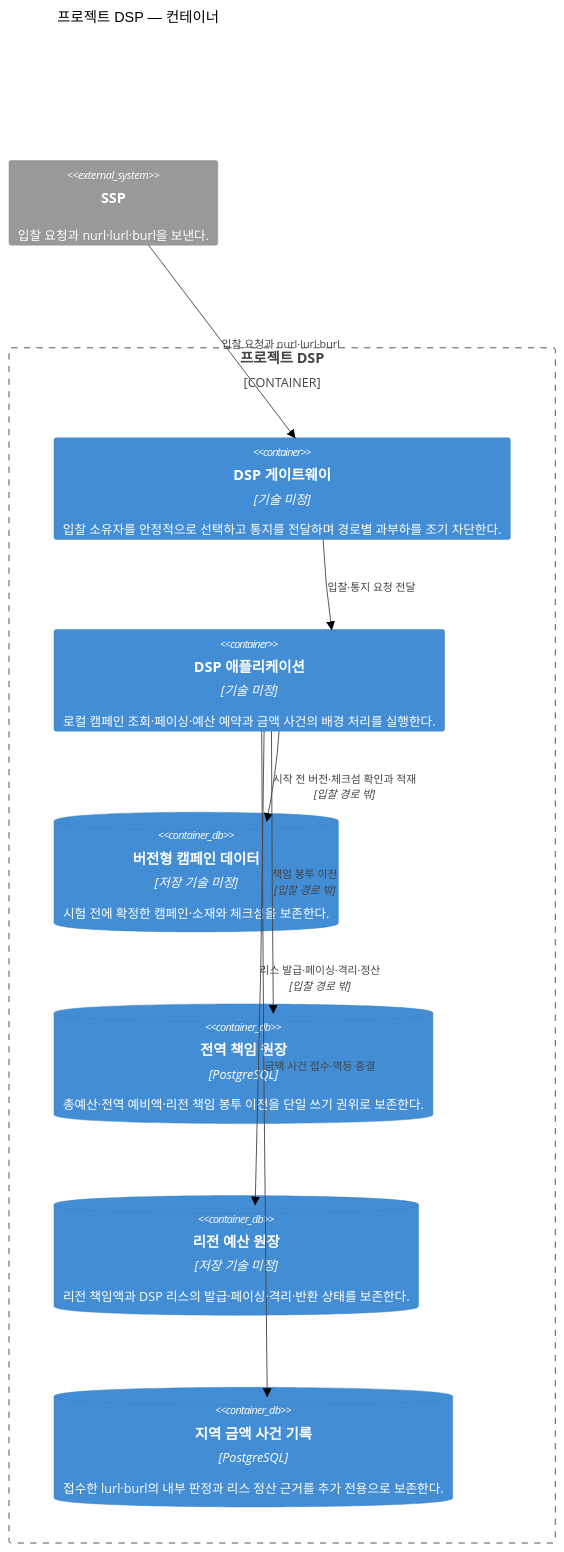
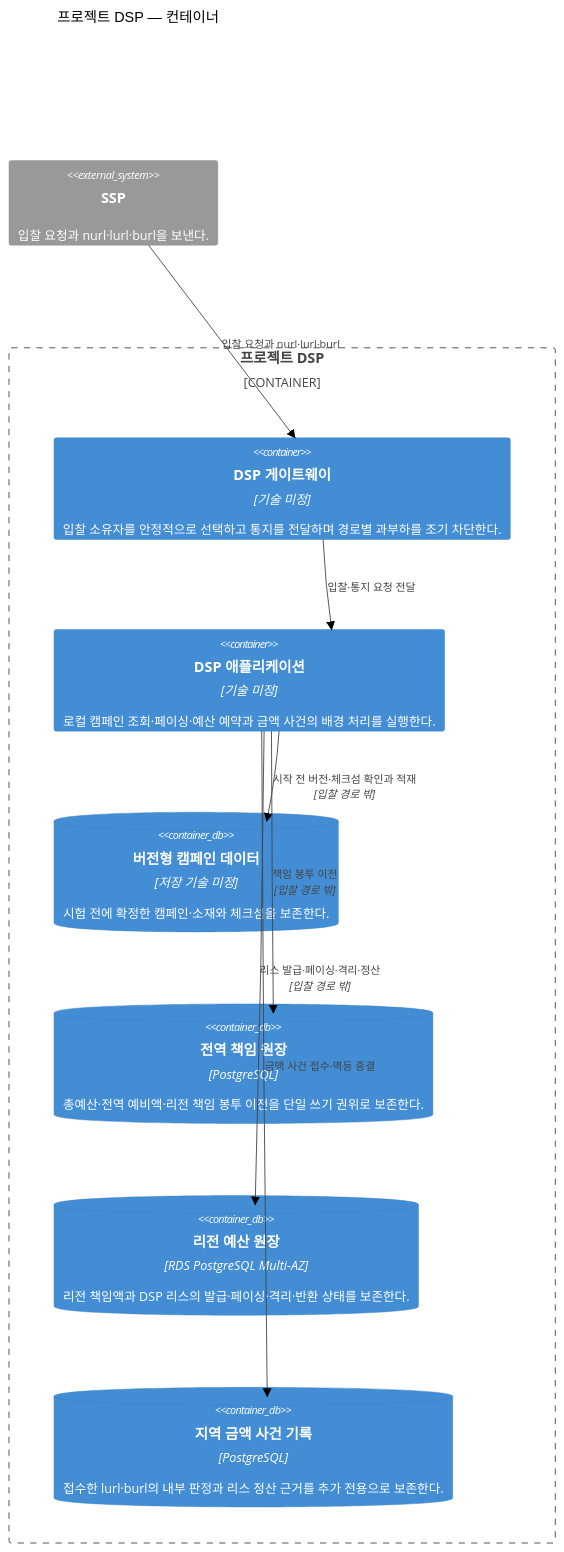
The diagram in docs/architecture/views/dsp-containers.md (bbororo5/OpenRTB-Ads-auction), drawn with Mermaid (forest theme) before and after one commit. The commit also changed 7 other files, not shown here.

Commit message:
docs: select PostgreSQL regional budget ledger

````diff
--- a/docs/architecture/views/dsp-containers.md
+++ b/docs/architecture/views/dsp-containers.md
@@ -9,24 +9,24 @@
 ```mermaid
 C4Container
     title 프로젝트 DSP — 컨테이너
 
     System_Ext(ssp, "SSP", "입찰 요청과 nurl·lurl·burl을 보낸다.")
 
     Container_Boundary(project_dsp, "프로젝트 DSP") {
         Container(gateway, "DSP 게이트웨이", "기술 미정", "입찰 소유자를 안정적으로 선택하고 통지를 전달하며 경로별 과부하를 조기 차단한다.")
         Container(dsp_application, "DSP 애플리케이션", "기술 미정", "로컬 캠페인 조회·페이싱·예산 예약과 금액 사건의 배경 처리를 실행한다.")
         ContainerDb(campaign_store, "버전형 캠페인 데이터", "저장 기술 미정", "시험 전에 확정한 캠페인·소재와 체크섬을 보존한다.")
         ContainerDb(global_ledger, "전역 책임 원장", "PostgreSQL", "총예산·전역 예비액·리전 책임 봉투 이전을 단일 쓰기 권위로 보존한다.")
-        ContainerDb(regional_ledger, "리전 예산 원장", "저장 기술 미정", "리전 책임액과 DSP 리스의 발급·페이싱·격리·반환 상태를 보존한다.")
+        ContainerDb(regional_ledger, "리전 예산 원장", "RDS PostgreSQL Multi-AZ", "리전 책임액과 DSP 리스의 발급·페이싱·격리·반환 상태를 보존한다.")
         ContainerDb(money_store, "지역 금액 사건 기록", "PostgreSQL", "접수한 lurl·burl의 내부 판정과 리스 정산 근거를 추가 전용으로 보존한다.")
     }
 
     Rel(ssp, gateway, "입찰 요청과 nurl·lurl·burl")
     Rel(gateway, dsp_application, "입찰·통지 요청 전달")
     Rel(dsp_application, campaign_store, "시작 전 버전·체크섬 확인과 적재", "입찰 경로 밖")
     Rel(dsp_application, global_ledger, "책임 봉투 이전", "입찰 경로 밖")
     Rel(dsp_application, regional_ledger, "리스 발급·페이싱·격리·정산", "입찰 경로 밖")
     Rel(dsp_application, money_store, "금액 사건 접수·멱등 종결")
 
     UpdateLayoutConfig($c4ShapeInRow="3", $c4BoundaryInRow="1")
 ```
````
